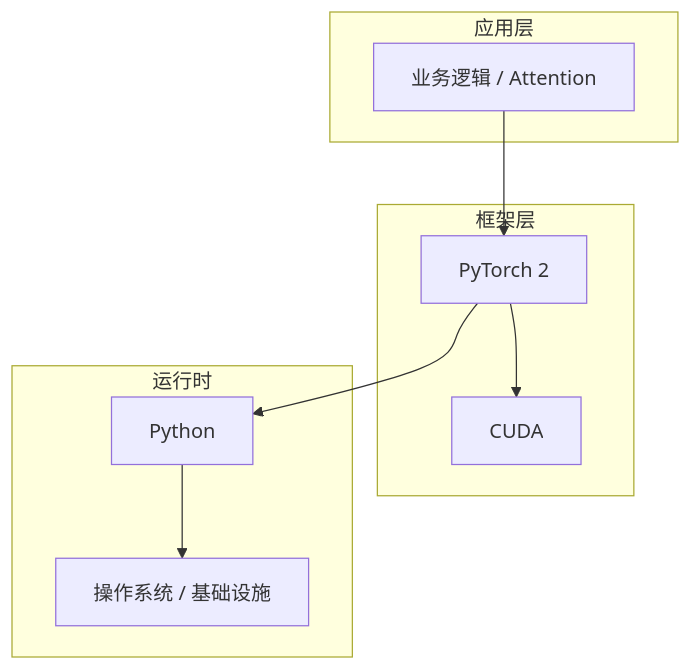
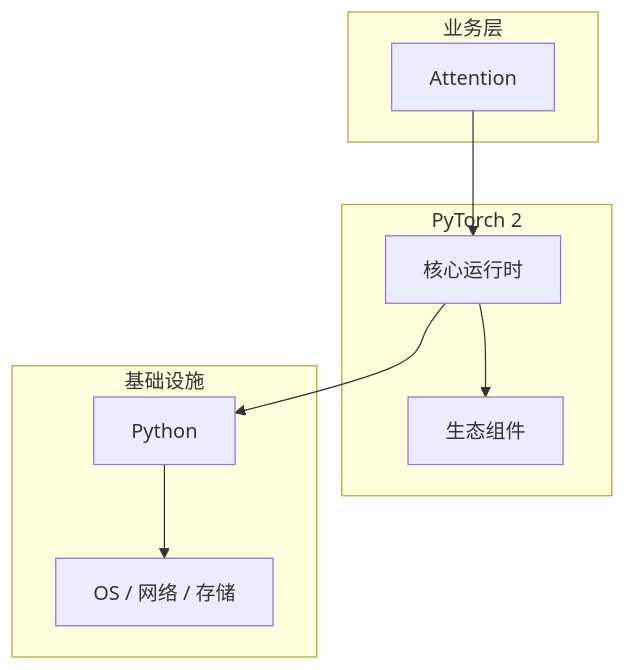
The diagram in articles/深度学习/chapters/061-Attention核心概念与原理.md (yanggan2015/knowledge-json-v2), drawn with Mermaid before and after one commit. The commit also changed other lines of this file and 10127 other files, not shown here.

````diff
--- a/articles/深度学习/chapters/061-Attention核心概念与原理.md
+++ b/articles/深度学习/chapters/061-Attention核心概念与原理.md
@@ -45,18 +30,18 @@
 ```mermaid
 graph TB
-    subgraph 应用层
-        A[业务逻辑 / Attention]
+    subgraph 业务层
+        A[Attention]
     end
-    subgraph 框架层
-        B[PyTorch 2]
-        C[CUDA]
+    subgraph PyTorch 2
+        B[核心运行时]
+        C[生态组件]
     end
-    subgraph 运行时
+    subgraph 基础设施
         D[Python]
-        E[操作系统 / 基础设施]
+        E[OS / 网络 / 存储]
     end
     A --> B
     B --> C
     B --> D
     D --> E
 ```
````
